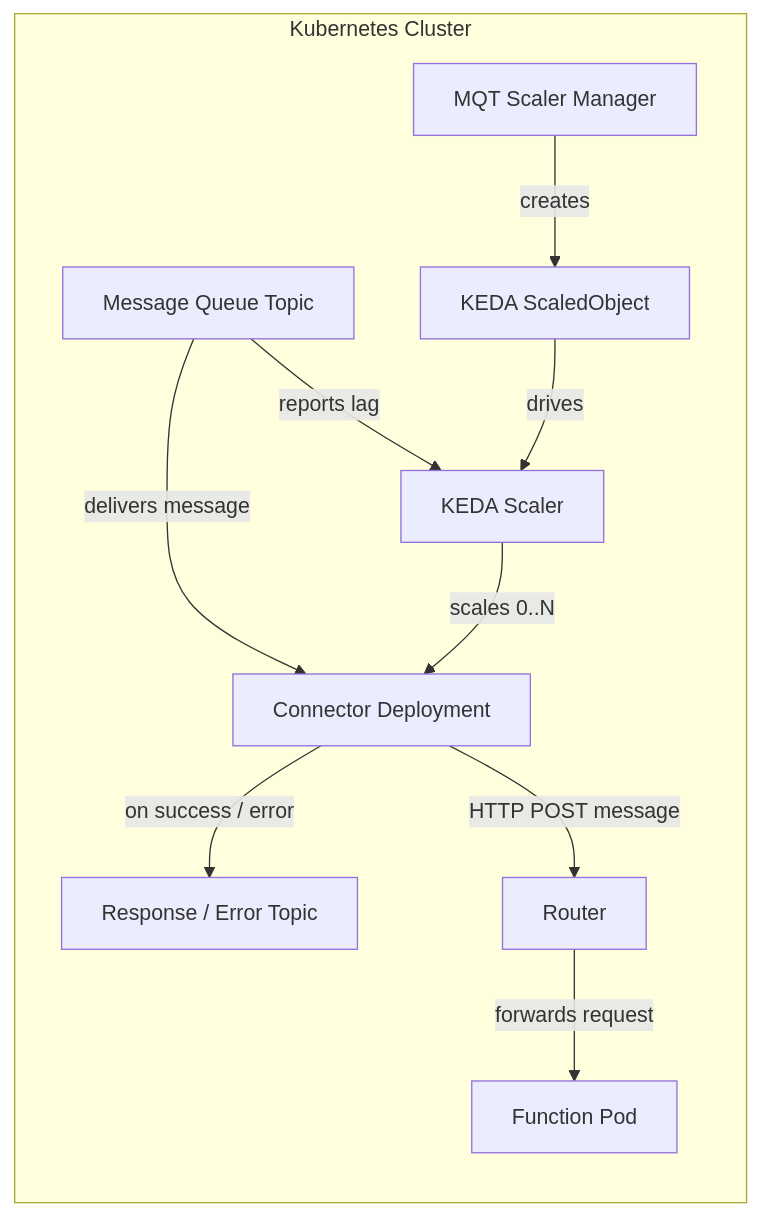
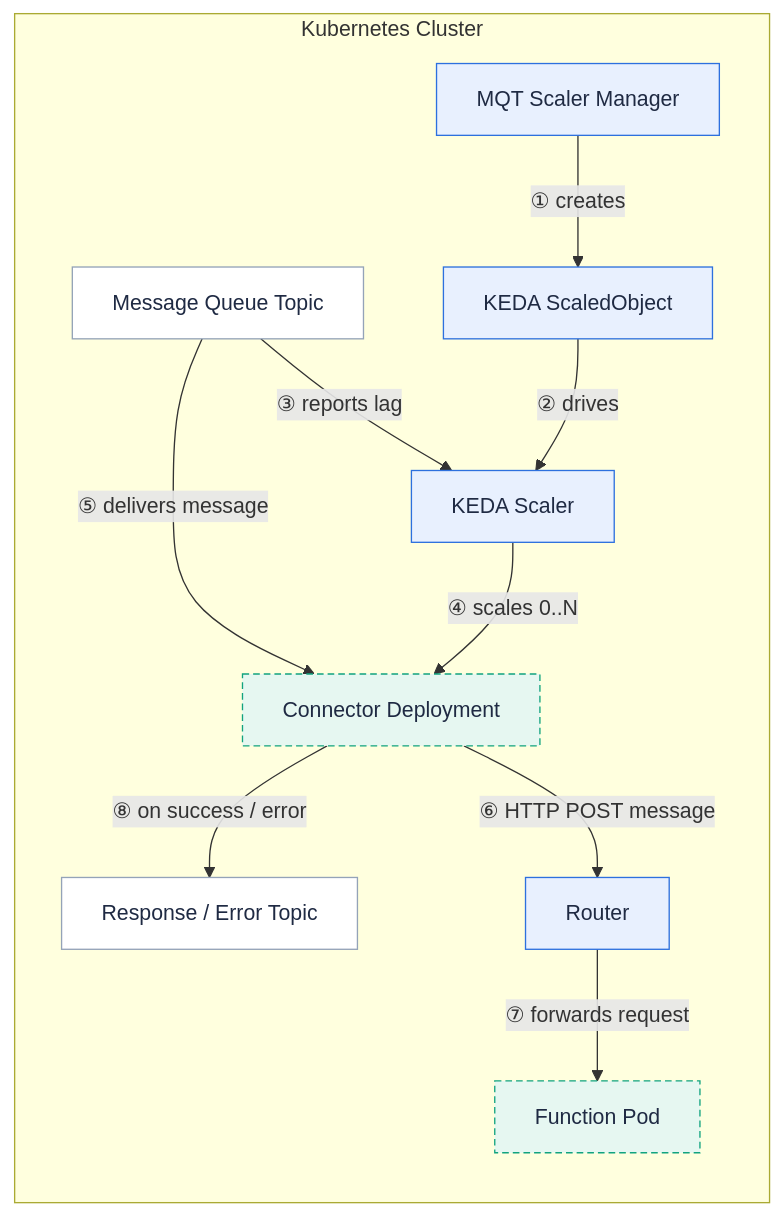
One commit to fission/fission.io changed the diagram in content/en/docs/architecture/message-queue-trigger.md. Above: the diagram before and after it, drawn with Mermaid. The commit also changed 30 other files, not shown here.

First line of the commit message:
Address PR feedback: zoomable diagrams, multi-color kit, centering, preview links

````diff
--- a/content/en/docs/architecture/message-queue-trigger.md
+++ b/content/en/docs/architecture/message-queue-trigger.md
@@ -21,13 +21,20 @@
 ```mermaid
 flowchart LR
-  queue["Message Queue Topic"] -->|"reports lag"| scaler["KEDA Scaler"]
+  queue["Message Queue Topic"] -->|"③ reports lag"| scaler["KEDA Scaler"]
   subgraph k8s["Kubernetes Cluster"]
-    mqt["MQT Scaler Manager"] -->|"creates"| scaledobject["KEDA ScaledObject"]
-    scaledobject -->|"drives"| scaler
-    scaler -->|"scales 0..N"| connector["Connector Deployment"]
-    queue -->|"delivers message"| connector
-    connector -->|"HTTP POST message"| router["Router"]
-    router -->|"forwards request"| fnPod["Function Pod"]
-    connector -->|"on success / error"| respTopics["Response / Error Topic"]
+    mqt["MQT Scaler Manager"] -->|"① creates"| scaledobject["KEDA ScaledObject"]
+    scaledobject -->|"② drives"| scaler
+    scaler -->|"④ scales 0..N"| connector["Connector Deployment"]
+    queue -->|"⑤ delivers message"| connector
+    connector -->|"⑥ HTTP POST message"| router["Router"]
+    router -->|"⑦ forwards request"| fnPod["Function Pod"]
+    connector -->|"⑧ on success / error"| respTopics["Response / Error Topic"]
   end
+
+  class queue,respTopics user
+  class mqt,scaledobject,scaler,router fission
+  class connector,fnPod pod
+  classDef user fill:#ffffff,stroke:#94a3b8,color:#1f2a43
+  classDef fission fill:#e8f0fe,stroke:#2d70de,color:#1f2a43
+  classDef pod fill:#e6f7f1,stroke:#11a37f,color:#1f2a43,stroke-dasharray:5 3
 ```
````
